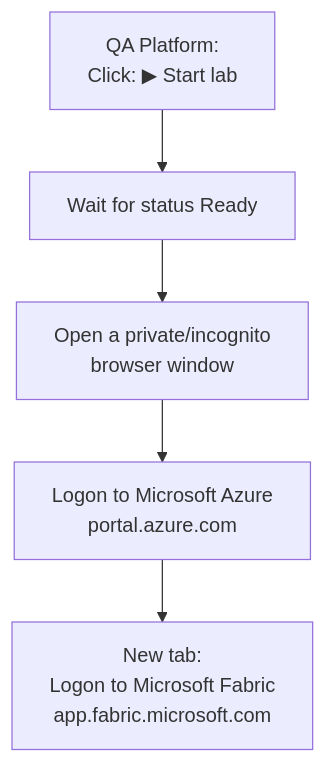
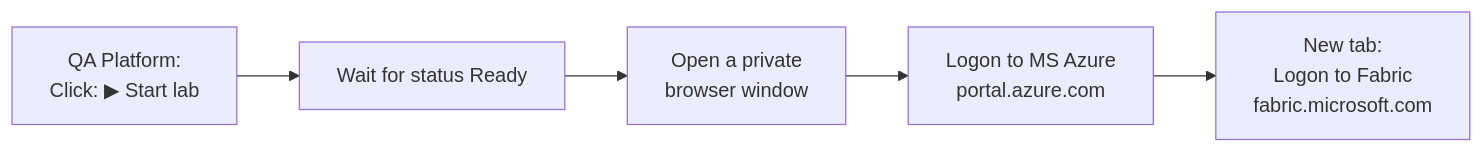
One commit to qaalabs/DE5M6 changed the diagram in docs/labs/run-locally.md. Above: the diagram before and after it, drawn with Mermaid. The commit also changed other lines of this file, not shown here.

Commit message:
Update fabric logon

````diff
--- a/docs/labs/run-locally.md
+++ b/docs/labs/run-locally.md
@@ -1,10 +3,10 @@
 ```mermaid
-flowchart TD
+flowchart LR
     S["QA Platform:<br/>Click: ▶ Start lab"]
     A["Wait for status Ready"]
-    B["Open a private/incognito<br/>browser window"]
-    C["Logon to Microsoft Azure<br/>portal.azure.com"]
-    D["New tab:<br/>Logon to Microsoft Fabric<br/>app.fabric.microsoft.com"]
+    B["Open a private<br/>browser window"]
+    C["Logon to MS Azure<br/>portal.azure.com"]
+    D["New tab:<br/>Logon to Fabric<br/>fabric.microsoft.com"]
 
     S --> A --> B --> C --> D
 ```
````
